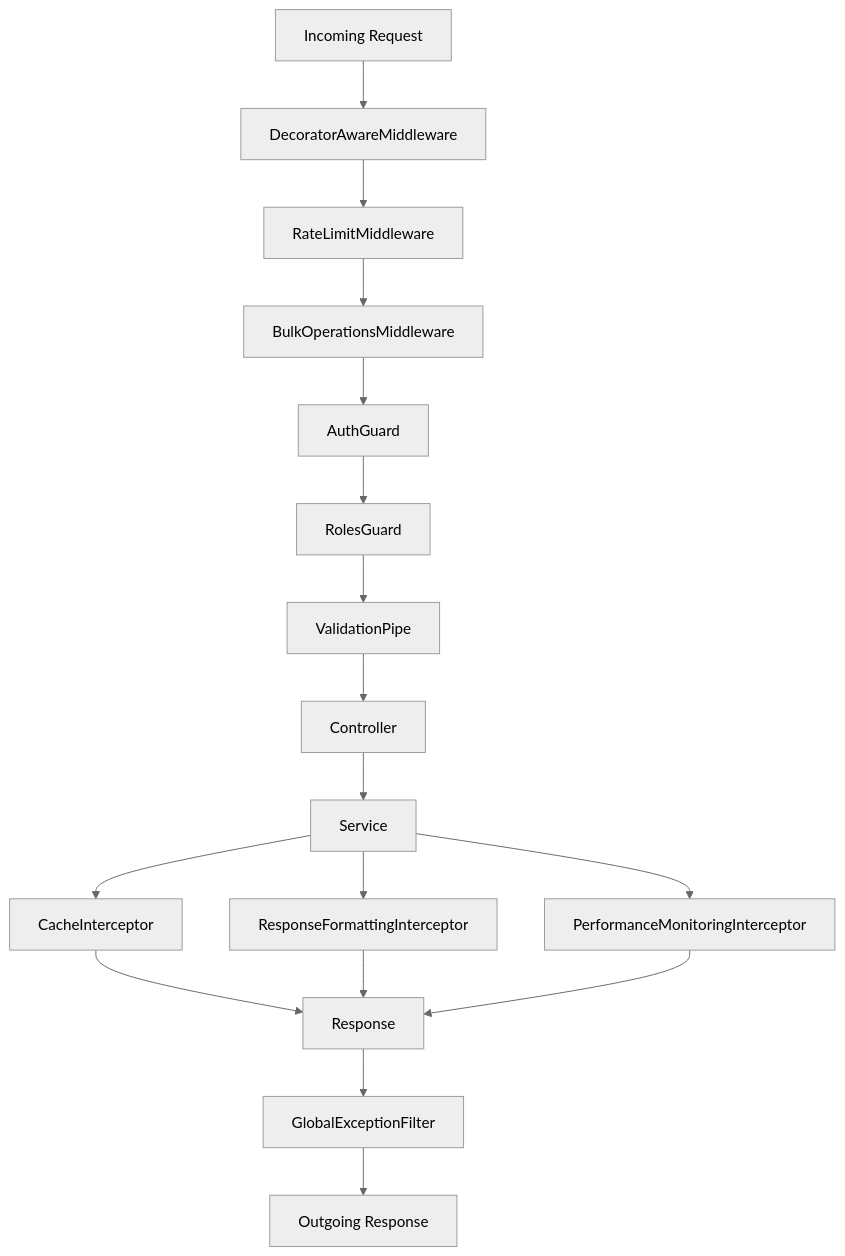
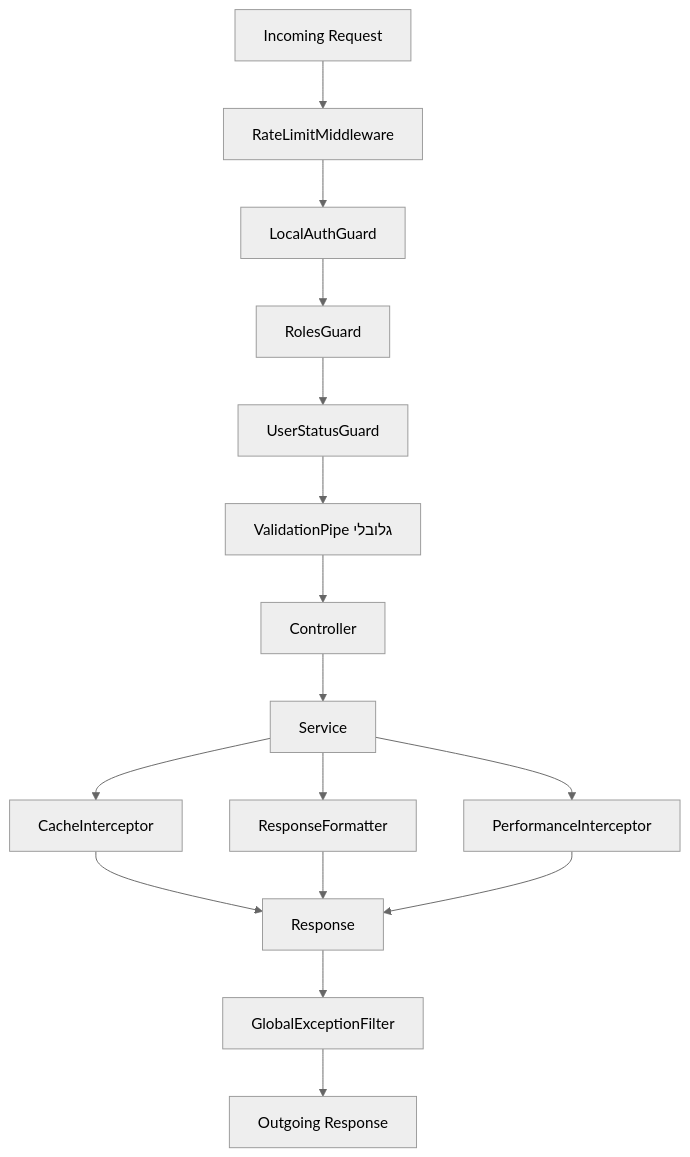
Diagram 17 of 31 in docs/DIAGRAMS.md (IsraelRub/EveryTriv), drawn with Mermaid (neutral theme) before and after one commit. The commit also changed other lines of this file and 148 other files, not shown here.

First line of the commit message:
feat: email-gated profile, game text gate, session/multiplayer flows, Newman sync

````diff
--- a/docs/DIAGRAMS.md
+++ b/docs/DIAGRAMS.md
@@ -1004,19 +1053,18 @@
 ```mermaid
 graph TB
-    A[Incoming Request] --> B[DecoratorAwareMiddleware]
-    B --> C[RateLimitMiddleware]
-    C --> D[BulkOperationsMiddleware]
-    D --> E[AuthGuard]
-    E --> F[RolesGuard]
-    F --> G[ValidationPipe]
-    G --> H[Controller]
-    H --> I[Service]
-    I --> J[CacheInterceptor]
-    I --> K[ResponseFormattingInterceptor]
-    I --> L[PerformanceMonitoringInterceptor]
-    J --> M[Response]
-    K --> M
-    L --> M
-    M --> N[GlobalExceptionFilter]
-    N --> O[Outgoing Response]
+    A[Incoming Request] --> B[RateLimitMiddleware]
+    B --> C[LocalAuthGuard]
+    C --> D[RolesGuard]
+    D --> E[UserStatusGuard]
+    E --> F[ValidationPipe גלובלי]
+    F --> G[Controller]
+    G --> H[Service]
+    H --> I[CacheInterceptor]
+    H --> J[ResponseFormatter]
+    H --> K[PerformanceInterceptor]
+    I --> L[Response]
+    J --> L
+    K --> L
+    L --> M[GlobalExceptionFilter]
+    M --> N[Outgoing Response]
 ```
````
